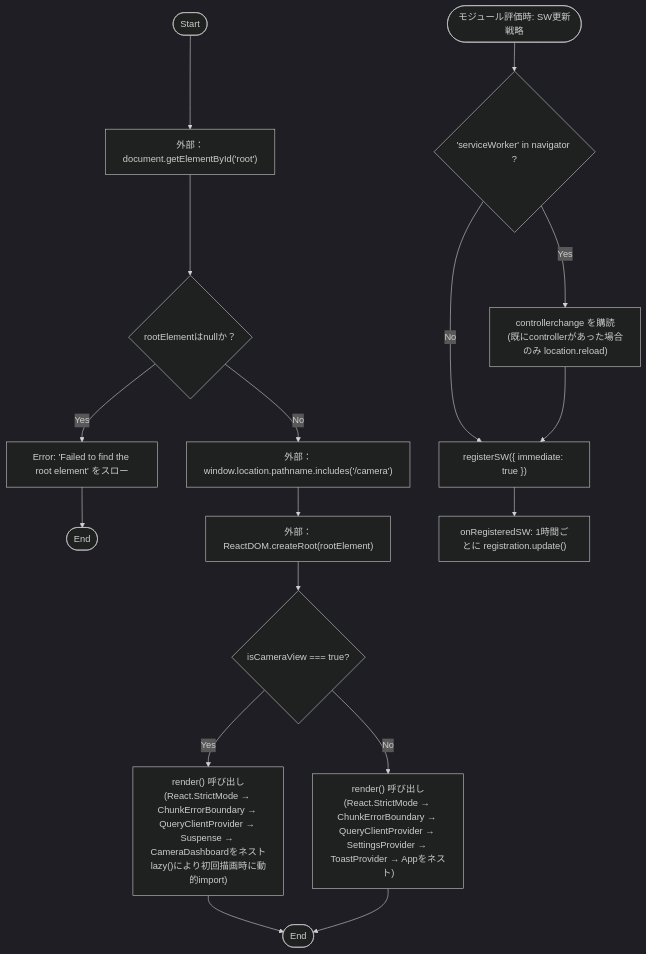
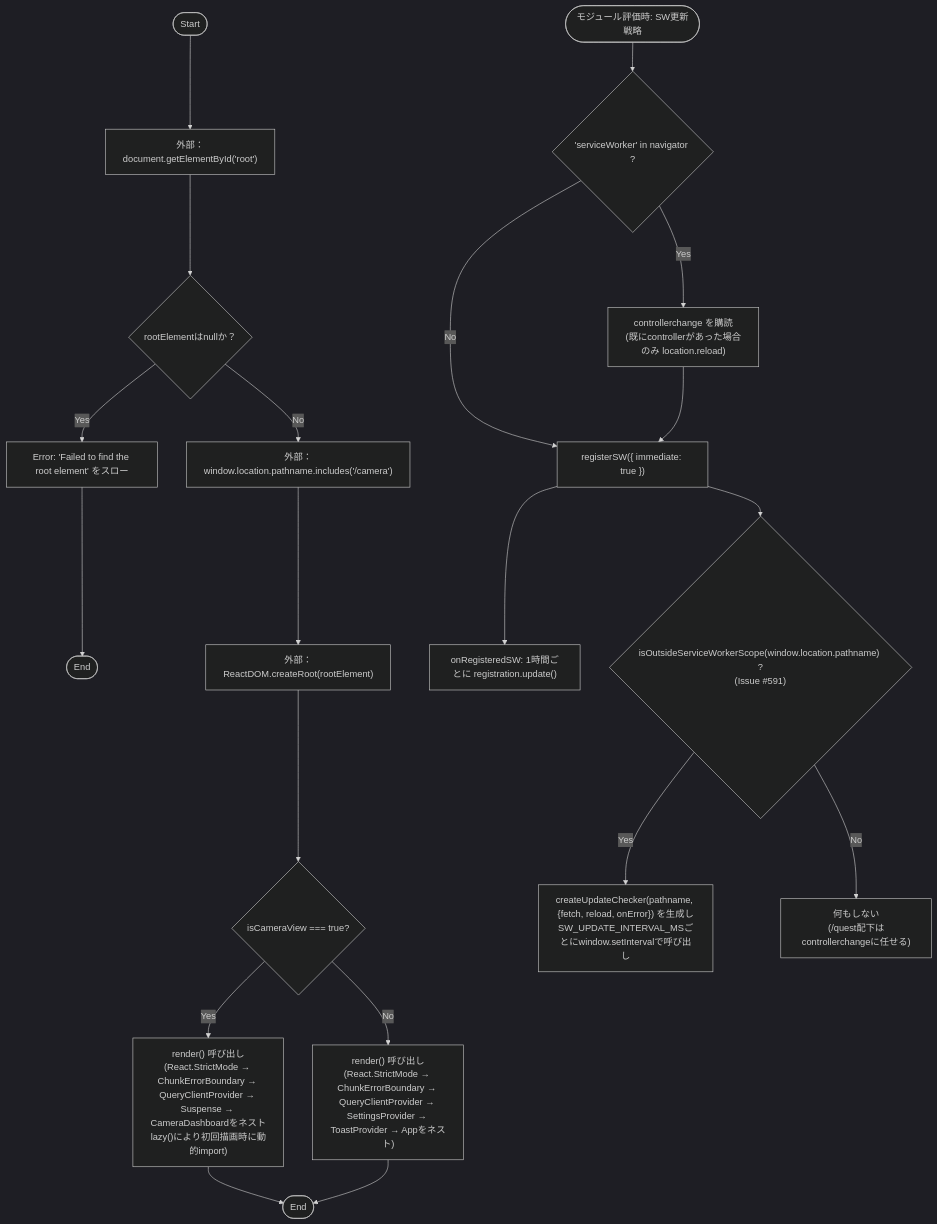
Before and after one commit to mmtigers/my_python_project: the first of 2 diagrams in docs/specifications/family-quest/main.md, drawn with Mermaid (dark theme). The commit also changed other lines of this file and 6 other files, not shown here.

````diff
--- a/docs/specifications/family-quest/main.md
+++ b/docs/specifications/family-quest/main.md
@@ -76,21 +89,24 @@
 ```mermaid
 flowchart TD
     Start([Start]) --> GetElement["外部：document.getElementById('root')"]
     GetElement --> CheckNull{"rootElementはnullか？"}
     CheckNull -- Yes --> ThrowError["Error: 'Failed to find the root element' をスロー"]
     ThrowError --> EndError([End])
     CheckNull -- No --> CheckCamera["外部：window.location.pathname.includes('/camera')"]
     CheckCamera --> CreateRoot["外部：ReactDOM.createRoot(rootElement)"]
     CreateRoot --> IsCameraView{"isCameraView === true?"}
     IsCameraView -- Yes --> RenderCamera["render() 呼び出し<br>(React.StrictMode → ChunkErrorBoundary → QueryClientProvider → Suspense → CameraDashboardをネスト<br>lazy()により初回描画時に動的import)"]
     IsCameraView -- No --> RenderApp["render() 呼び出し<br>(React.StrictMode → ChunkErrorBoundary → QueryClientProvider → SettingsProvider → ToastProvider → Appをネスト)"]
     RenderCamera --> End([End])
     RenderApp --> End
 
     SWStart([モジュール評価時: SW更新戦略]) --> HasSW{"'serviceWorker' in navigator ?"}
     HasSW -- Yes --> Listen["controllerchange を購読<br>(既にcontrollerがあった場合のみ location.reload)"]
     HasSW -- No --> Register
     Listen --> Register["registerSW({ immediate: true })"]
     Register --> Interval["onRegisteredSW: 1時間ごとに registration.update()"]
+    Register --> CheckScope{"isOutsideServiceWorkerScope(window.location.pathname) ?<br>(Issue #591)"}
+    CheckScope -- Yes --> SetupChecker["createUpdateChecker(pathname, {fetch, reload, onError}) を生成し<br>SW_UPDATE_INTERVAL_MSごとにwindow.setIntervalで呼び出し"]
+    CheckScope -- No --> ScopeNoOp["何もしない<br>(/quest配下はcontrollerchangeに任せる)"]
 
 ```
````
